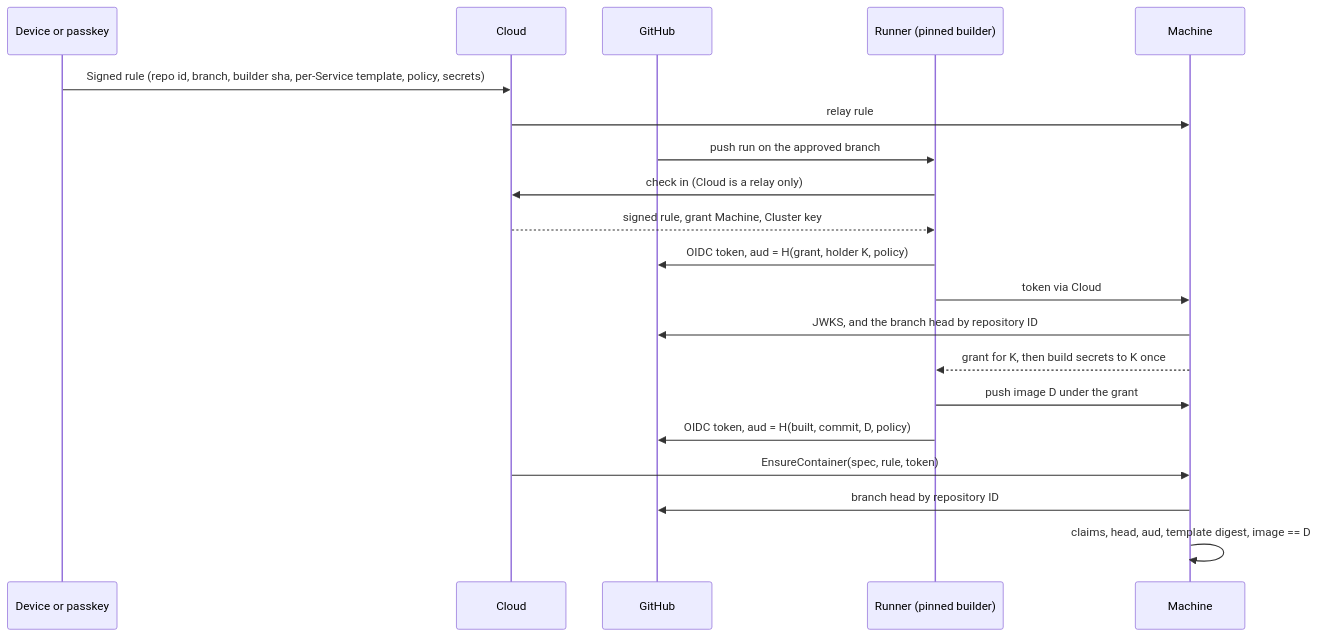
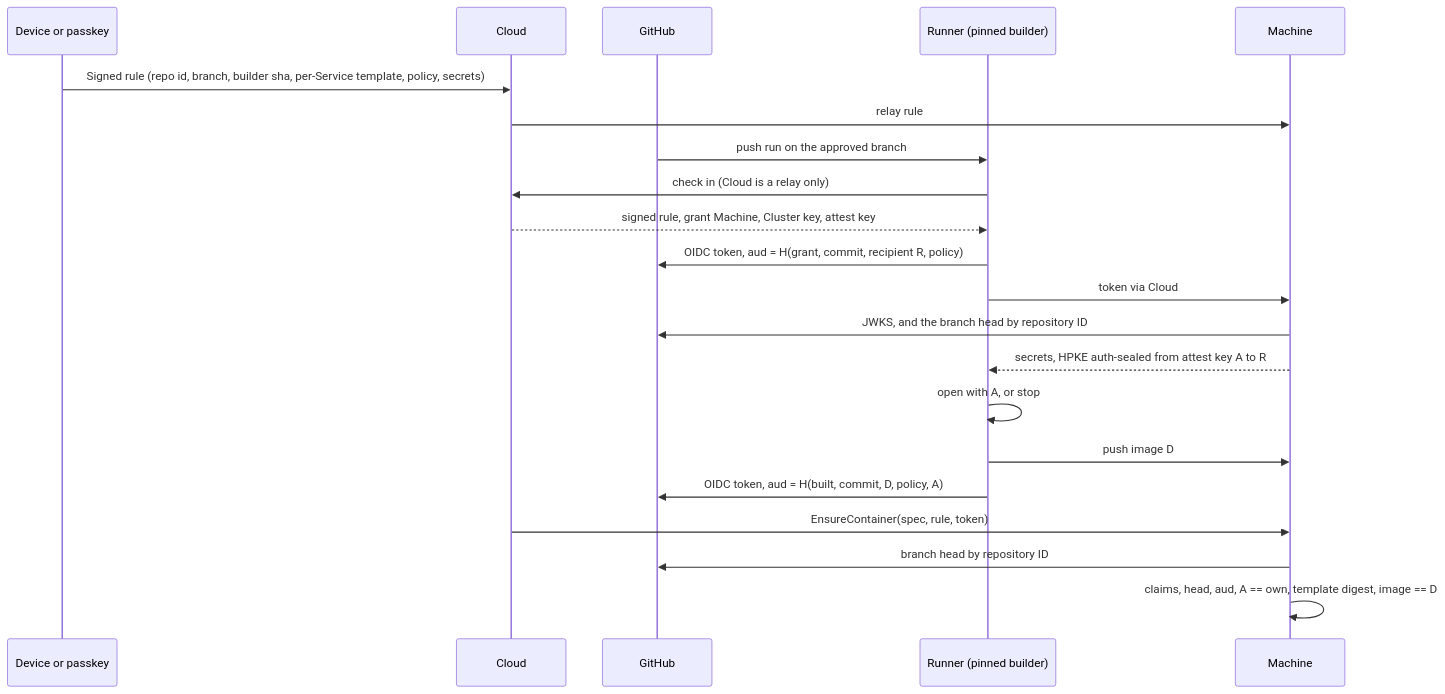
The diagram in docs/agents/plans/security-0.4/d-build-proof.md (getployz/ployz), drawn with Mermaid before and after one commit. The commit also changed other lines of this file and 2 other files, not shown here.

Commit message:
Close thread D review holes: authenticated build secrets, Machine-derived preview fields, commit authority before grant

````diff
--- a/docs/agents/plans/security-0.4/d-build-proof.md
+++ b/docs/agents/plans/security-0.4/d-build-proof.md
@@ -11,22 +17,23 @@
 ```mermaid
 sequenceDiagram
     participant D as Device or passkey
     participant C as Cloud
     participant G as GitHub
     participant R as Runner (pinned builder)
     participant M as Machine
     D->>C: Signed rule (repo id, branch, builder sha, per-Service template, policy, secrets)
     C->>M: relay rule
     G->>R: push run on the approved branch
     R->>C: check in (Cloud is a relay only)
-    C-->>R: signed rule, grant Machine, Cluster key
-    R->>G: OIDC token, aud = H(grant, holder K, policy)
+    C-->>R: signed rule, grant Machine, Cluster key, attest key
+    R->>G: OIDC token, aud = H(grant, commit, recipient R, policy)
     R->>M: token via Cloud
     M->>G: JWKS, and the branch head by repository ID
-    M-->>R: grant for K, then build secrets to K once
-    R->>M: push image D under the grant
-    R->>G: OIDC token, aud = H(built, commit, D, policy)
+    M-->>R: secrets, HPKE auth-sealed from attest key A to R
+    R->>R: open with A, or stop
+    R->>M: push image D
+    R->>G: OIDC token, aud = H(built, commit, D, policy, A)
     C->>M: EnsureContainer(spec, rule, token)
     M->>G: branch head by repository ID
-    M->>M: claims, head, aud, template digest, image == D
+    M->>M: claims, head, aud, A == own, template digest, image == D
 ```
````
